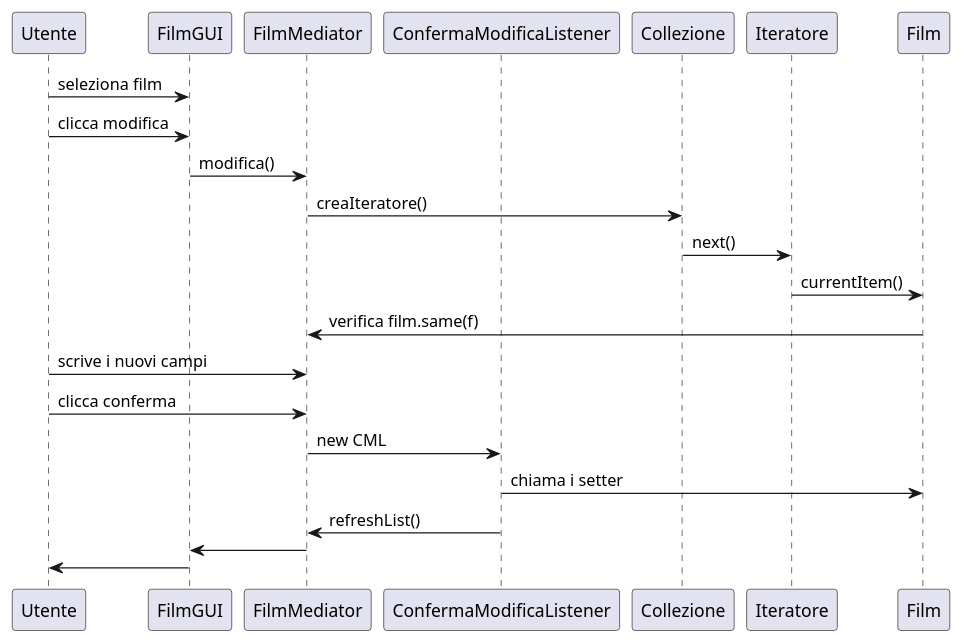
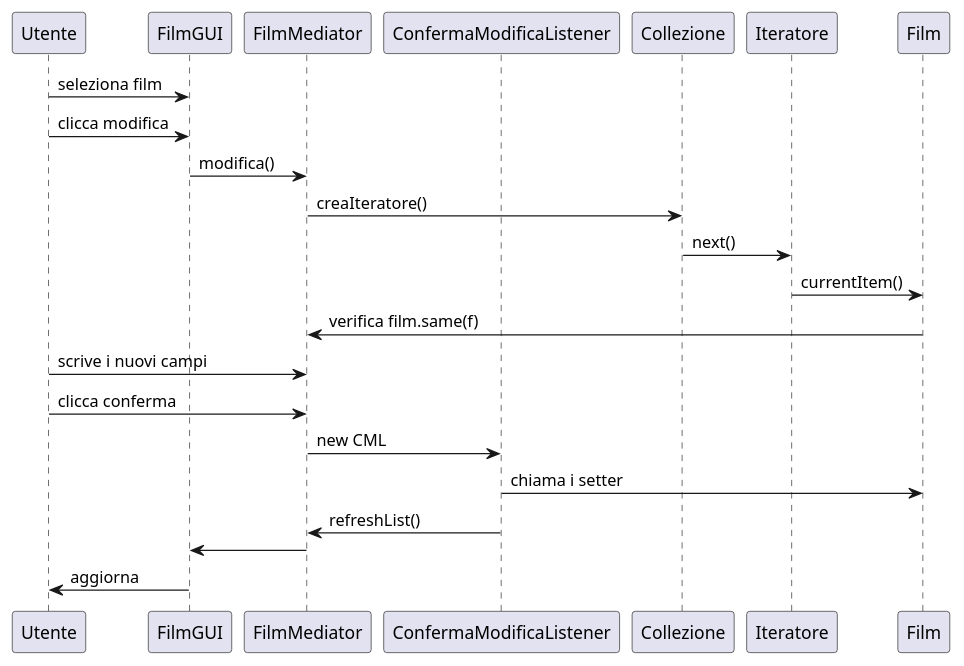
The diagram in src/uml diagrams/mediator sequence diagram.puml (hamzakhoudmi/Progetto-Ingegneria-Software), drawn with PlantUML before and after one commit. The commit also changed 13 other files, not shown here.

```diff
--- a/src/uml diagrams/mediator sequence diagram.puml
+++ b/src/uml diagrams/mediator sequence diagram.puml
@@ -1,26 +1,26 @@
 @startuml
 
 participant "Utente" as U
 participant "FilmGUI" as FG
 participant "FilmMediator" as FM
 participant "ConfermaModificaListener" as CML
 participant "Collezione" as C
 participant "Iteratore" as I
 participant "Film" as F
 
 U -> FG : seleziona film
 U -> FG : clicca modifica
 FG -> FM : modifica()
 FM -> C : creaIteratore()
 C -> I : next()
 I -> F : currentItem()
 F -> FM : verifica film.same(f)
 U -> FM : scrive i nuovi campi
 U -> FM : clicca conferma
 FM -> CML : new CML
 CML -> F : chiama i setter
 CML -> FM : refreshList()
 FM -> FG
-FG -> U
+FG -> U : aggiorna
 
 @enduml
```
